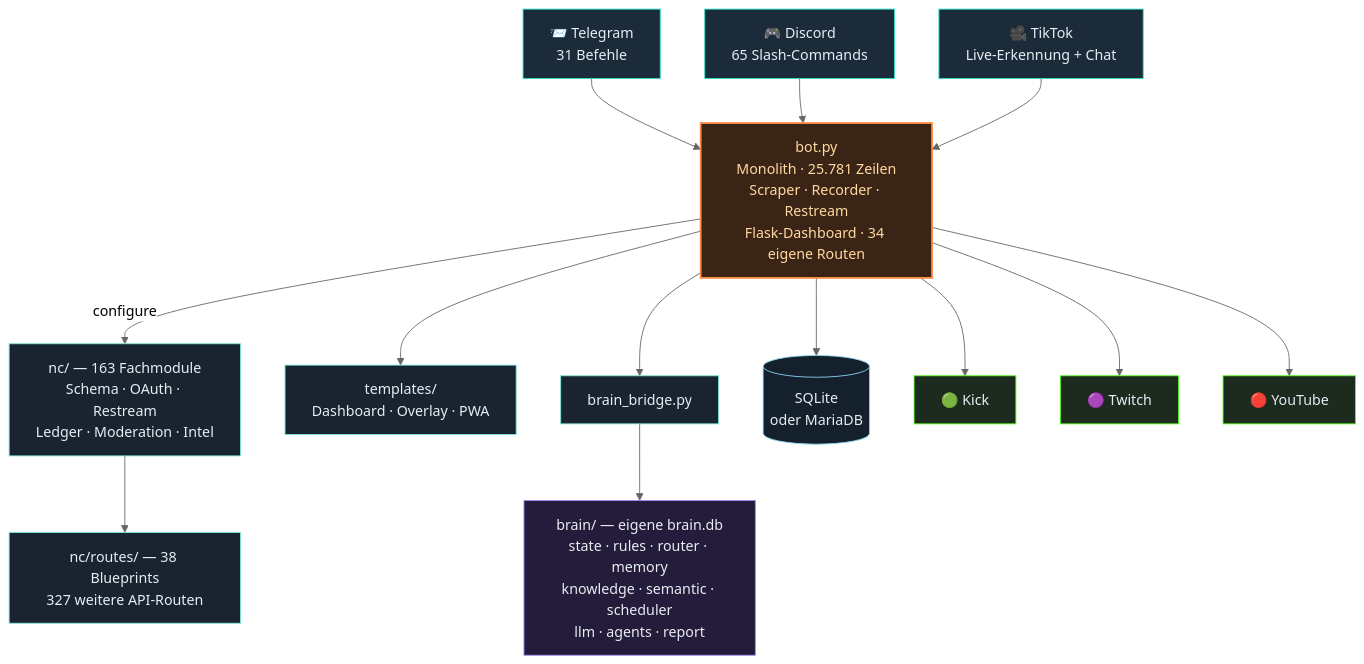
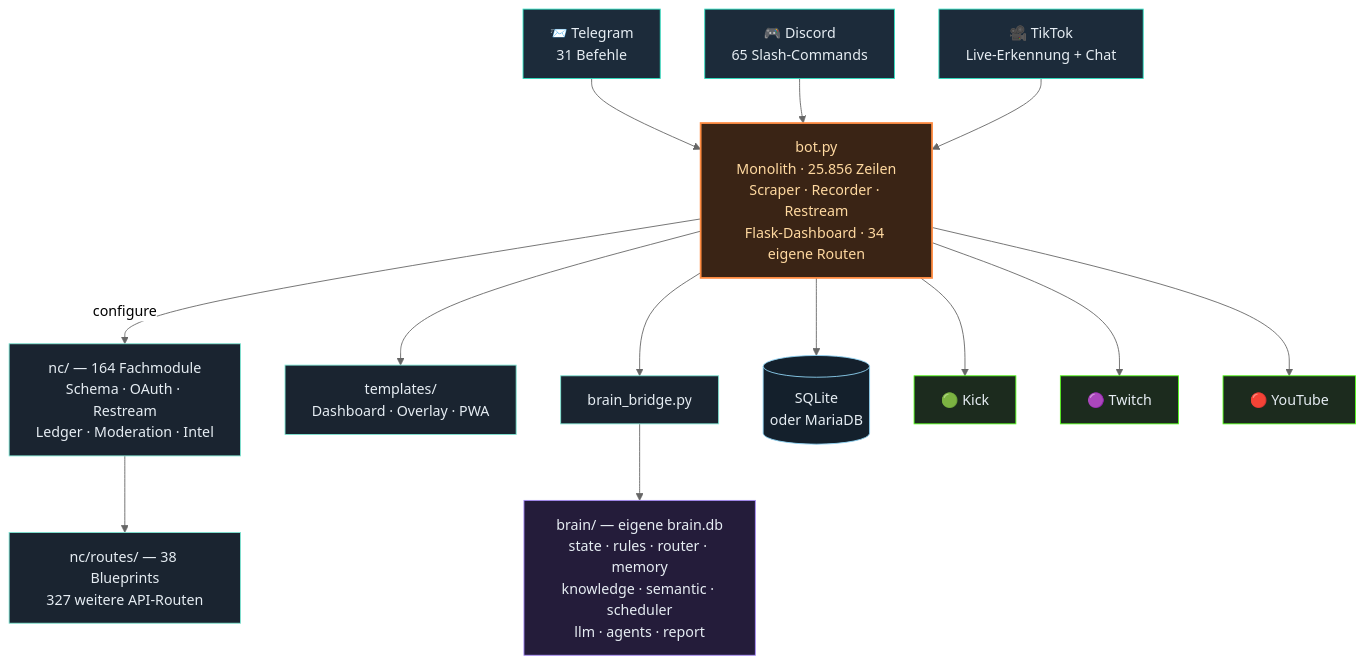
One commit to itsamemedev/Telegram-Stream-Info-Bot changed the third of 4 diagrams in README.md. Above: the diagram before and after it, drawn with Mermaid (neutral theme). The commit also changed other lines of this file and 6 other files, not shown here.

````diff
--- a/README.md
+++ b/README.md
@@ -189,30 +189,30 @@
 ```mermaid
 flowchart TB
     TG["📨 Telegram<br/>31 Befehle"]:::ein
     DC["🎮 Discord<br/>65 Slash-Commands"]:::ein
     TT["🎥 TikTok<br/>Live-Erkennung + Chat"]:::ein
 
     TG --> BOT
     DC --> BOT
     TT --> BOT
 
-    BOT["bot.py<br/>Monolith · 25.781 Zeilen<br/>Scraper · Recorder · Restream<br/>Flask-Dashboard · 34 eigene Routen"]:::core
+    BOT["bot.py<br/>Monolith · 25.856 Zeilen<br/>Scraper · Recorder · Restream<br/>Flask-Dashboard · 34 eigene Routen"]:::core
 
-    BOT -->|configure| NC["nc/ — 163 Fachmodule<br/>Schema · OAuth · Restream<br/>Ledger · Moderation · Intel"]:::lib
+    BOT -->|configure| NC["nc/ — 164 Fachmodule<br/>Schema · OAuth · Restream<br/>Ledger · Moderation · Intel"]:::lib
     NC --> RT["nc/routes/ — 38 Blueprints<br/>327 weitere API-Routen"]:::lib
     BOT --> TPL["templates/<br/>Dashboard · Overlay · PWA"]:::lib
     BOT --> BR["brain_bridge.py"]:::lib
     BR --> BRAIN["brain/ — eigene brain.db<br/>state · rules · router · memory<br/>knowledge · semantic · scheduler<br/>llm · agents · report"]:::brain
     BOT --> DB[("SQLite<br/>oder MariaDB")]:::db
 
     BOT --> KICK["🟢 Kick"]:::out
     BOT --> TW["🟣 Twitch"]:::out
     BOT --> YT["🔴 YouTube"]:::out
 
     classDef ein fill:#1c2b3a,stroke:#2de1c2,color:#e6edf3
     classDef core fill:#3a2415,stroke:#ff8c42,stroke-width:2px,color:#ffd9a0
     classDef lib fill:#1a2430,stroke:#7fe7d4,color:#e6edf3
     classDef brain fill:#241c3a,stroke:#a78bfa,color:#e6edf3
     classDef db fill:#14202c,stroke:#8fd3f4,color:#e6edf3
     classDef out fill:#1c2b1e,stroke:#53fc18,color:#e6edf3
 ```
````
